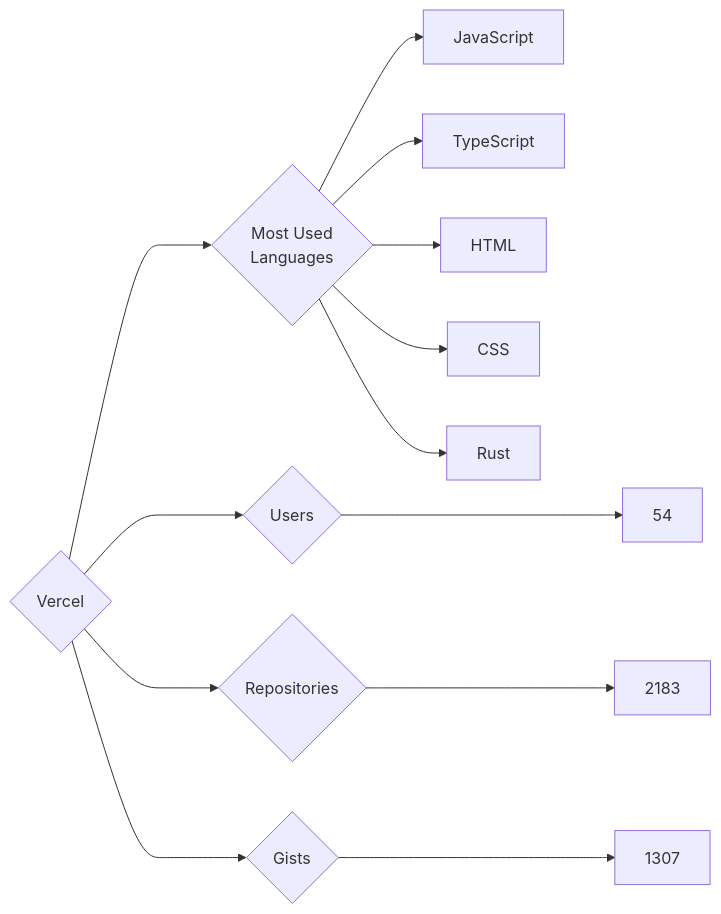
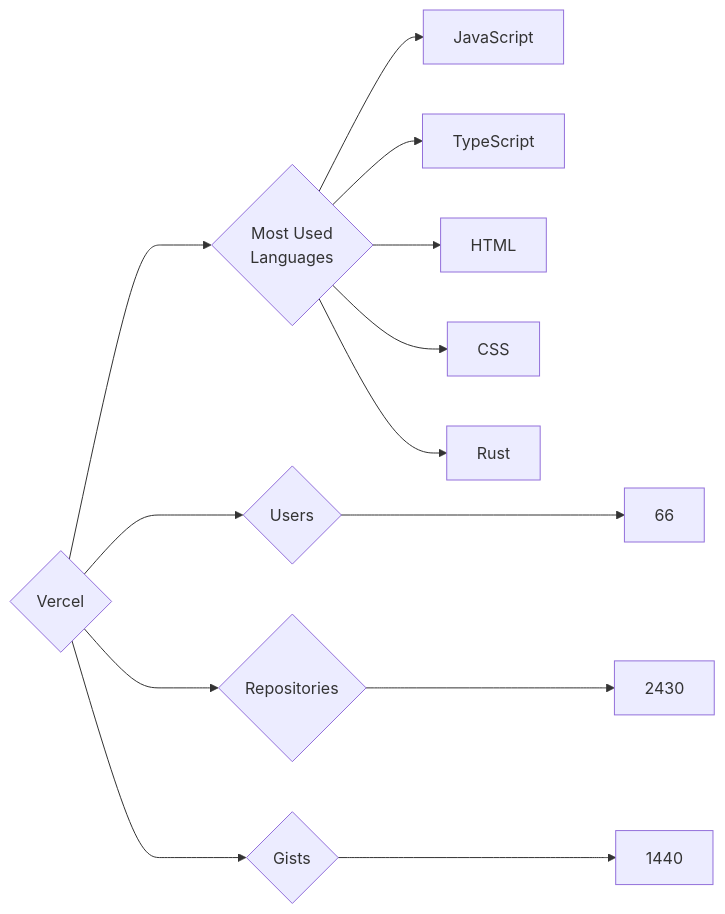
The diagram in targets/Vercel/README.md (trickest/insiders), drawn with Mermaid before and after one commit. The commit also changed 839 other files, not shown here.

````diff
--- a/targets/Vercel/README.md
+++ b/targets/Vercel/README.md
@@ -3,13 +3,13 @@
 ```mermaid
 graph LR
 COMPANY_NAME{Vercel}
-COMPANY_NAME ---> U{Users} ---> UN[54]
-COMPANY_NAME ---> R{Repositories} ---> RN[2183]
-COMPANY_NAME ---> G{Gists} ---> GN[1307]
+COMPANY_NAME ---> U{Users} ---> UN[66]
+COMPANY_NAME ---> R{Repositories} ---> RN[2430]
+COMPANY_NAME ---> G{Gists} ---> GN[1440]
 COMPANY_NAME ---> ML{Most Used<br>Languages}
 ML --> JavaScript[JavaScript]
 ML --> TypeScript[TypeScript]
 ML --> HTML[HTML]
 ML --> CSS[CSS]
 ML --> Rust[Rust]
 ```
````
